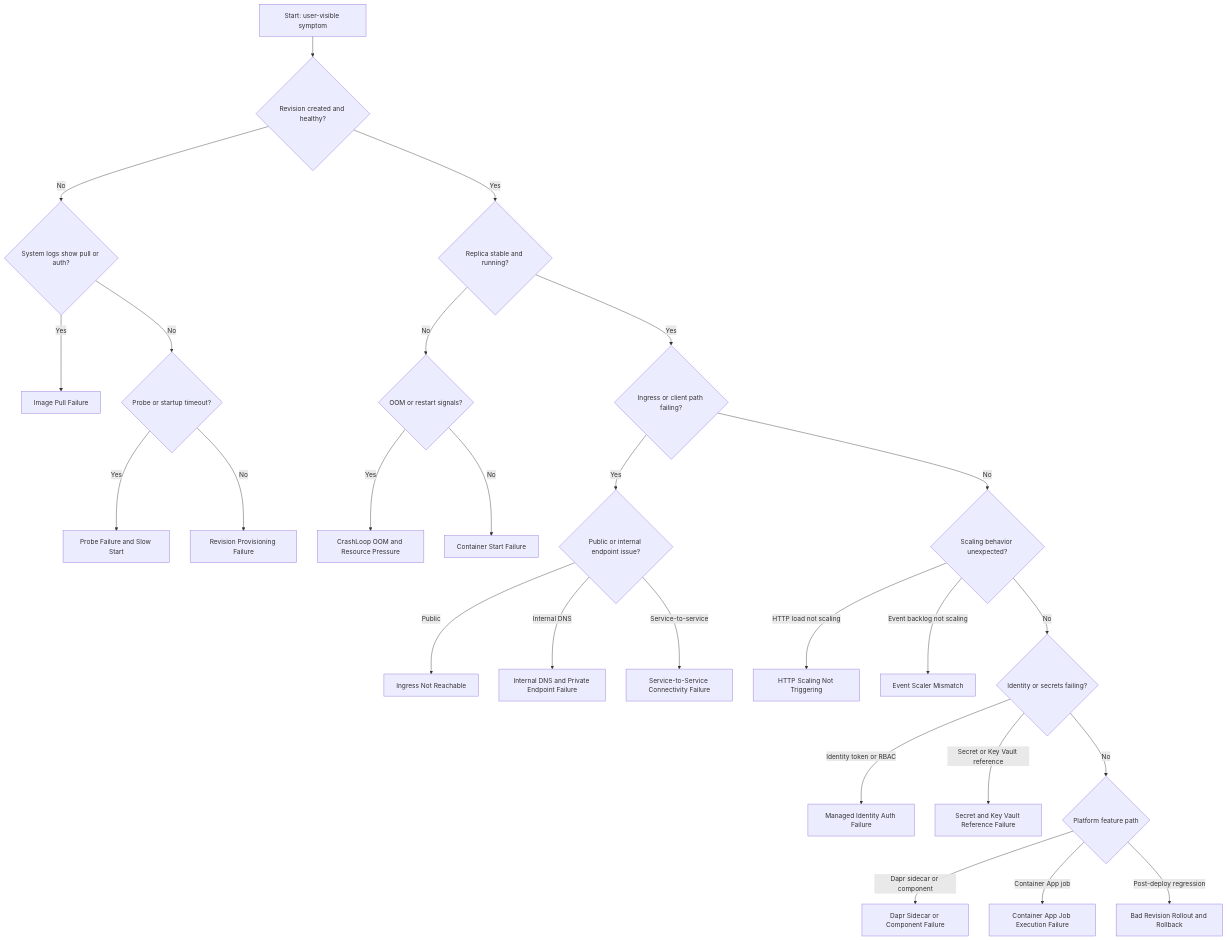
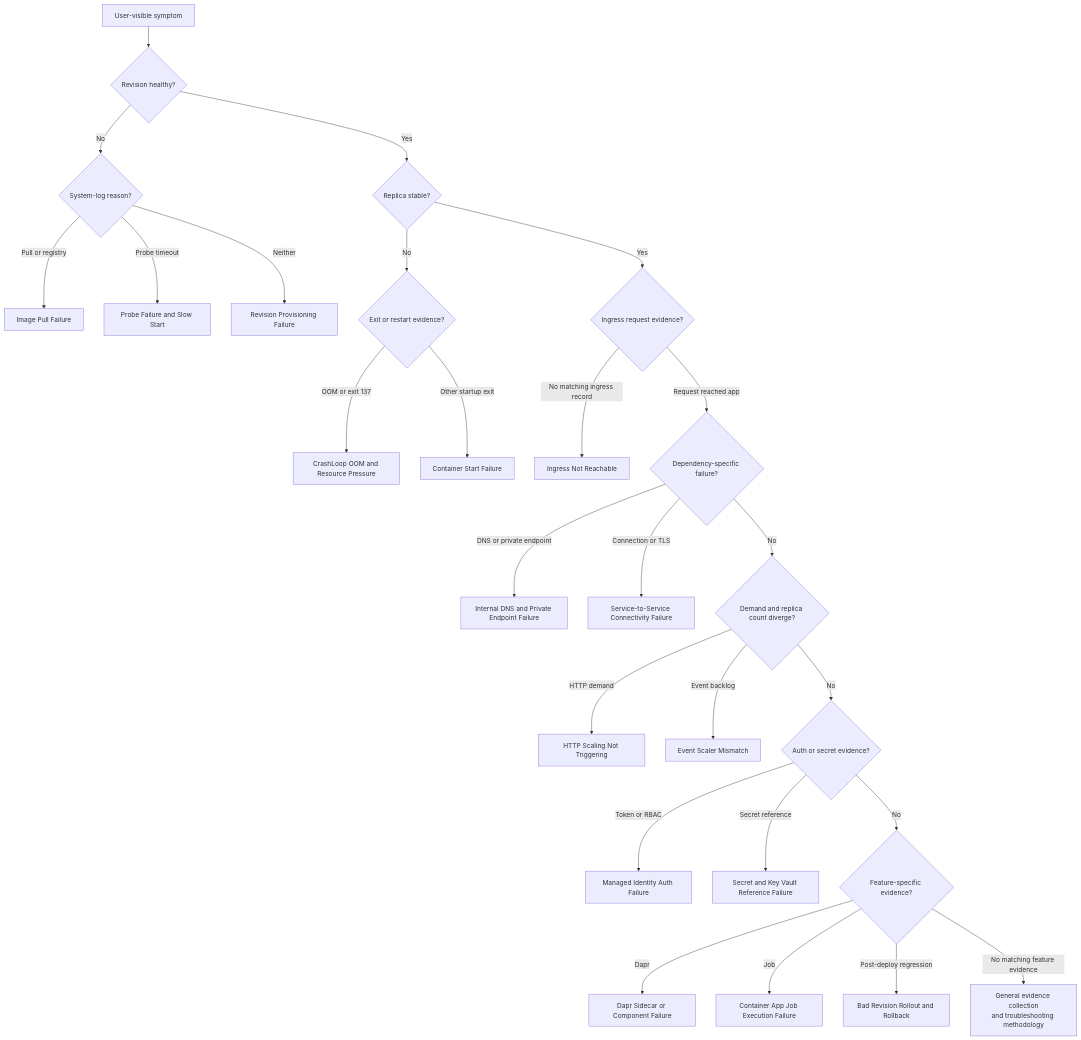
Before and after one commit to yeongseon/azure-container-apps-practical-guide: the diagram in docs/troubleshooting/methodology/detector-map.md, drawn with Mermaid. The commit also changed other lines of this file and 13 other files, not shown here.

Commit message:
docs(diagrams): migrate the Container Apps troubleshooting overview diagrams (#616)

````diff
--- a/docs/troubleshooting/methodology/detector-map.md
+++ b/docs/troubleshooting/methodology/detector-map.md
@@ -54,31 +55,55 @@
 ```mermaid
 flowchart TD
-    A[Start: user-visible symptom] --> B{Revision created and healthy?}
-    B -->|No| C{System logs show pull or auth?}
-    C -->|Yes| P1[Image Pull Failure]
-    C -->|No| C2{Probe or startup timeout?}
-    C2 -->|Yes| P4[Probe Failure and Slow Start]
-    C2 -->|No| P2[Revision Provisioning Failure]
+    START[User-visible symptom]
+    REVISION{Revision healthy?}
+    SYSTEM{System-log reason?}
+    IMAGE[Image Pull Failure]
+    PROBE[Probe Failure and Slow Start]
+    PROVISION[Revision Provisioning Failure]
+    REPLICA{Replica stable?}
+    EXIT{Exit or restart evidence?}
+    OOM[CrashLoop OOM and Resource Pressure]
+    CONTAINER[Container Start Failure]
+    REQUEST{Ingress request evidence?}
+    INGRESS[Ingress Not Reachable]
+    DEP{Dependency-specific failure?}
+    DNS[Internal DNS and Private Endpoint Failure]
+    SERVICE[Service-to-Service Connectivity Failure]
+    SCALE{Demand and replica count diverge?}
+    HTTPSCALE[HTTP Scaling Not Triggering]
+    EVENTSCALE[Event Scaler Mismatch]
+    AUTH{Auth or secret evidence?}
+    IDENTITY[Managed Identity Auth Failure]
+    SECRET[Secret and Key Vault Reference Failure]
+    FEATURE{Feature-specific evidence?}
+    DAPR[Dapr Sidecar or Component Failure]
+    JOB[Container App Job Execution Failure]
+    ROLLOUT[Bad Revision Rollout and Rollback]
+    METHOD[General evidence collection<br/>and troubleshooting methodology]
 
-    B -->|Yes| D{Replica stable and running?}
-    D -->|No| D1{OOM or restart signals?}
-    D1 -->|Yes| P11[CrashLoop OOM and Resource Pressure]
-    D1 -->|No| P3[Container Start Failure]
-
-    D -->|Yes| E{Ingress or client path failing?}
-    E -->|Yes| E1{Public or internal endpoint issue?}
-    E1 -->|Public| P5[Ingress Not Reachable]
-    E1 -->|Internal DNS| P6[Internal DNS and Private Endpoint Failure]
-    E1 -->|Service-to-service| P7[Service-to-Service Connectivity Failure]
-
-    E -->|No| F{Scaling behavior unexpected?}
-    F -->|HTTP load not scaling| P8[HTTP Scaling Not Triggering]
-    F -->|Event backlog not scaling| P9[Event Scaler Mismatch]
-    F -->|No| G{Identity or secrets failing?}
-    G -->|Identity token or RBAC| P10[Managed Identity Auth Failure]
-    G -->|Secret or Key Vault reference| P12[Secret and Key Vault Reference Failure]
-    G -->|No| H{Platform feature path}
-    H -->|Dapr sidecar or component| P13[Dapr Sidecar or Component Failure]
-    H -->|Container App job| P14[Container App Job Execution Failure]
-    H -->|Post-deploy regression| P15[Bad Revision Rollout and Rollback]
+    START --> REVISION
+    REVISION -->|No| SYSTEM
+    SYSTEM -->|Pull or registry| IMAGE
+    SYSTEM -->|Probe timeout| PROBE
+    SYSTEM -->|Neither| PROVISION
+    REVISION -->|Yes| REPLICA
+    REPLICA -->|No| EXIT
+    EXIT -->|OOM or exit 137| OOM
+    EXIT -->|Other startup exit| CONTAINER
+    REPLICA -->|Yes| REQUEST
+    REQUEST -->|No matching ingress record| INGRESS
+    REQUEST -->|Request reached app| DEP
+    DEP -->|DNS or private endpoint| DNS
+    DEP -->|Connection or TLS| SERVICE
+    DEP -->|No| SCALE
+    SCALE -->|HTTP demand| HTTPSCALE
+    SCALE -->|Event backlog| EVENTSCALE
+    SCALE -->|No| AUTH
+    AUTH -->|Token or RBAC| IDENTITY
+    AUTH -->|Secret reference| SECRET
+    AUTH -->|No| FEATURE
+    FEATURE -->|Dapr| DAPR
+    FEATURE -->|Job| JOB
+    FEATURE -->|Post-deploy regression| ROLLOUT
+    FEATURE -->|No matching feature evidence| METHOD
 ```
````
